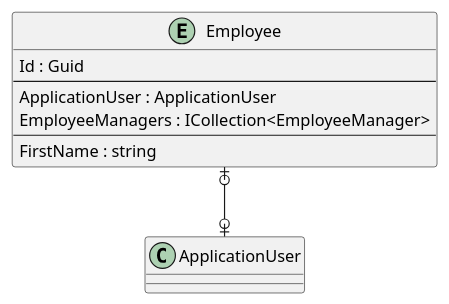
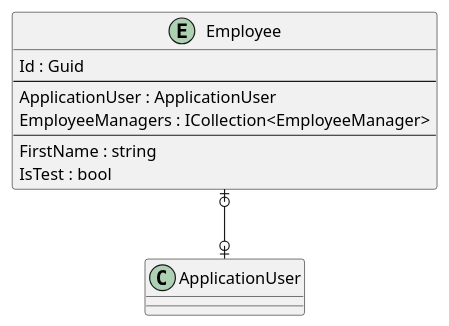
One commit to intrepion/intrepion_employee-managers_csharp changed the diagram in .docs/Intrepion.EmployeeManagers.pu. Above: the diagram before and after it, drawn with PlantUML.

```diff
--- a/.docs/Intrepion.EmployeeManagers.pu
+++ b/.docs/Intrepion.EmployeeManagers.pu
@@ -1,19 +1,20 @@
 @startuml
 
 entity Employee {
     Id : Guid
     --
     ApplicationUser : ApplicationUser
     EmployeeManagers : ICollection<EmployeeManager>
     ' EmployeeKeyCodePlaceholder
     --
     FirstName : string
+    IsTest : bool
     ' EmployeePropertyCodePlaceholder
 }
 
 ' EntityCodePlaceholder
 
 Employee |o--o| ApplicationUser
 ' RelationshipCodePlaceholder
 
 @enduml
```
